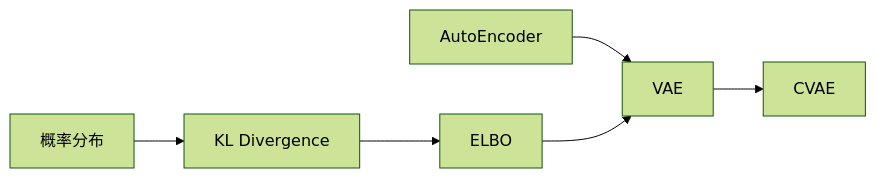
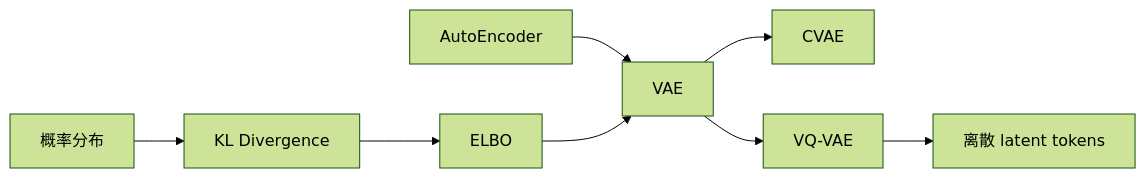
The first of 2 diagrams in KNOWLEDGE_GRAPH.md (hundredthtree-OvO/EmbodiedCard), drawn with Mermaid (forest theme) before and after one commit. The commit also changed other lines of this file and 7 other files, not shown here.

````diff
--- a/KNOWLEDGE_GRAPH.md
+++ b/KNOWLEDGE_GRAPH.md
@@ -5,8 +5,10 @@
 ```mermaid
 flowchart LR
     P["概率分布"] --> K["KL Divergence"]
     A["AutoEncoder"] --> V["VAE"]
     K --> E["ELBO"]
     E --> V
     V --> C["CVAE"]
+    V --> Q["VQ-VAE"]
+    Q --> S["离散 latent tokens"]
 ```
````
